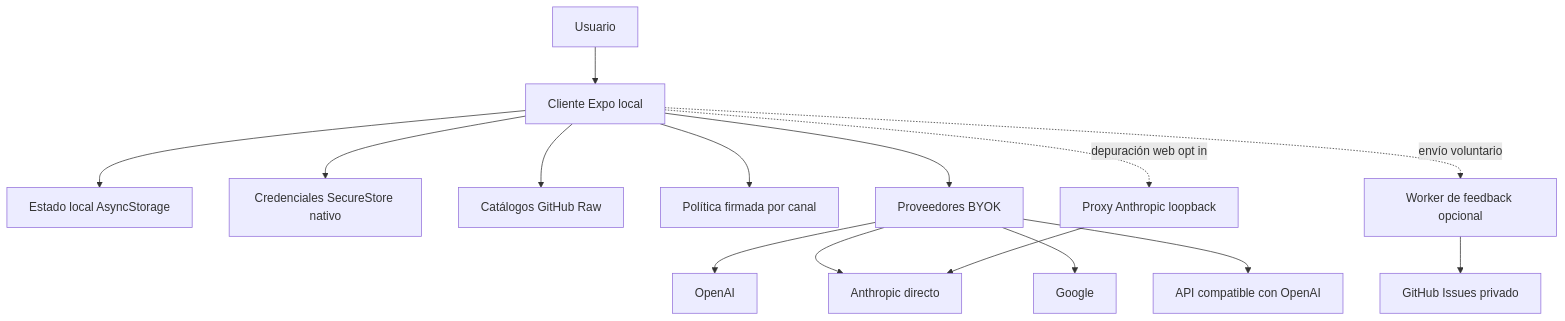
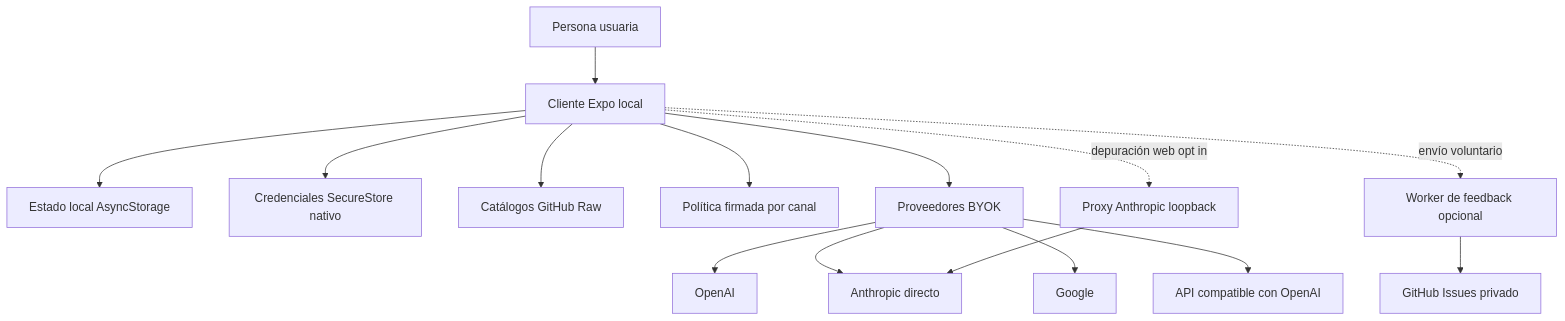
One commit to maximofn/gymnasia changed the diagram in openwiki/architecture/overview.md. Above: the diagram before and after it, drawn with Mermaid. The commit also changed other lines of this file and 22 other files, not shown here.

````diff
--- a/openwiki/architecture/overview.md
+++ b/openwiki/architecture/overview.md
@@ -67,17 +69,17 @@
 ```mermaid
 flowchart TD
-    Person["Usuario"] --> Client["Cliente Expo local"]
+    Person["Persona usuaria"] --> Client["Cliente Expo local"]
     Client --> State["Estado local AsyncStorage"]
     Client --> Secrets["Credenciales SecureStore nativo"]
     Client --> Catalogs["Catálogos GitHub Raw"]
     Client --> Policy["Política firmada por canal"]
     Client --> BYOK["Proveedores BYOK"]
     BYOK --> OpenAI["OpenAI"]
     BYOK --> Anthropic["Anthropic directo"]
     BYOK --> Google["Google"]
     BYOK --> CustomAPI["API compatible con OpenAI"]
     Client -. "envío voluntario" .-> Feedback["Worker de feedback opcional"]
     Feedback --> GitHub["GitHub Issues privado"]
     Client -. "depuración web opt in" .-> Proxy["Proxy Anthropic loopback"]
     Proxy --> Anthropic
 ```
````
